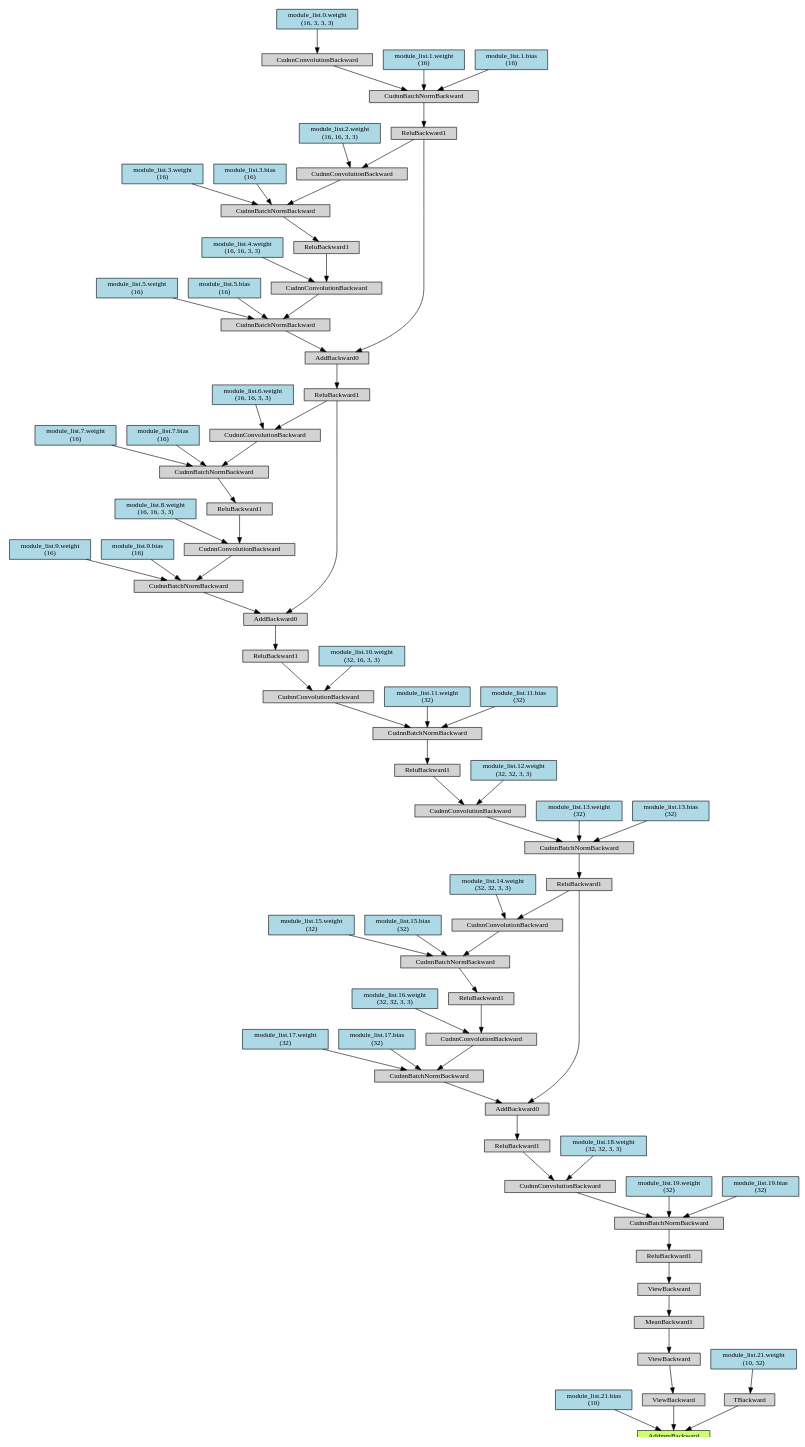
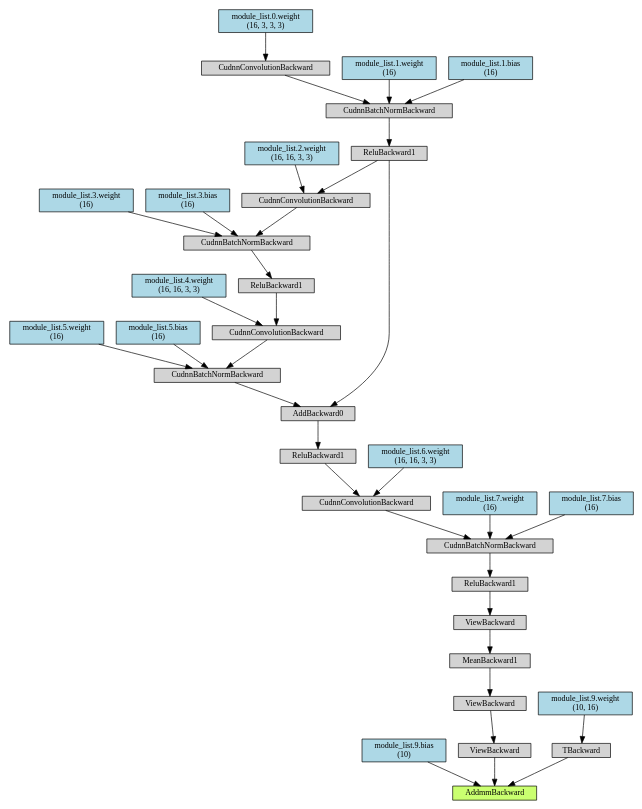
Before and after one commit to j3ssi/MA_Source: the diagram in PruneTrain4_0.dot, drawn with Graphviz. The commit also changed 840 other files, not shown here.

```diff
--- a/PruneTrain4_0.dot
+++ b/PruneTrain4_0.dot
@@ -1,180 +1,84 @@
 digraph {
-	graph [size="21.599999999999998,21.599999999999998"]
+	graph [size="12,12"]
 	node [align=left fontsize=12 height=0.2 ranksep=0.1 shape=box style=filled]
-	140473348111104 [label=AddmmBackward fillcolor=darkolivegreen1]
-	140473348110432 -> 140473348111104
-	140473348110432 [label="module_list.21.bias
+	139858666760904 [label=AddmmBackward fillcolor=darkolivegreen1]
+	139857106469944 -> 139858666760904
+	139857106469944 [label="module_list.9.bias
  (10)" fillcolor=lightblue]
-	140473348110544 -> 140473348111104
-	140473348110544 [label=ViewBackward]
-	140473393940632 -> 140473348110544
-	140473393940632 [label=ViewBackward]
-	140473393939624 -> 140473393940632
-	140473393939624 [label=MeanBackward1]
-	140473393941248 -> 140473393939624
-	140473393941248 [label=ViewBackward]
-	140473393939456 -> 140473393941248
-	140473393939456 [label=ReluBackward1]
-	140473393941136 -> 140473393939456
-	140473393941136 [label=CudnnBatchNormBackward]
-	140473393940968 -> 140473393941136
-	140473393940968 [label=CudnnConvolutionBackward]
-	140473393938672 -> 140473393940968
-	140473393938672 [label=ReluBackward1]
-	140473393939736 -> 140473393938672
-	140473393939736 [label=AddBackward0]
-	140473393938952 -> 140473393939736
-	140473393938952 [label=ReluBackward1]
-	140473393939848 -> 140473393938952
-	140473393939848 [label=CudnnBatchNormBackward]
-	140473393938504 -> 140473393939848
-	140473393938504 [label=CudnnConvolutionBackward]
-	140472783038280 -> 140473393938504
-	140472783038280 [label=ReluBackward1]
-	140472783038056 -> 140472783038280
-	140472783038056 [label=CudnnBatchNormBackward]
-	140472783037944 -> 140472783038056
-	140472783037944 [label=CudnnConvolutionBackward]
-	140472783039736 -> 140472783037944
-	140472783039736 [label=ReluBackward1]
-	140472783037552 -> 140472783039736
-	140472783037552 [label=AddBackward0]
-	140472783039512 -> 140472783037552
-	140472783039512 [label=ReluBackward1]
-	140472783039400 -> 140472783039512
-	140472783039400 [label=AddBackward0]
-	140472783037272 -> 140472783039400
-	140472783037272 [label=ReluBackward1]
-	140472783039232 -> 140472783037272
-	140472783039232 [label=CudnnBatchNormBackward]
-	140472783037104 -> 140472783039232
-	140472783037104 [label=CudnnConvolutionBackward]
-	140472783036992 -> 140472783037104
-	140472783036992 [label="module_list.0.weight
+	139857106470000 -> 139858666760904
+	139857106470000 [label=ViewBackward]
+	139857106470448 -> 139857106470000
+	139857106470448 [label=ViewBackward]
+	139857106470392 -> 139857106470448
+	139857106470392 [label=MeanBackward1]
+	139857106470504 -> 139857106470392
+	139857106470504 [label=ViewBackward]
+	139857106470616 -> 139857106470504
+	139857106470616 [label=ReluBackward1]
+	139857106470728 -> 139857106470616
+	139857106470728 [label=CudnnBatchNormBackward]
+	139857106470840 -> 139857106470728
+	139857106470840 [label=CudnnConvolutionBackward]
+	139857106471064 -> 139857106470840
+	139857106471064 [label=ReluBackward1]
+	139857106471232 -> 139857106471064
+	139857106471232 [label=AddBackward0]
+	139857106471344 -> 139857106471232
+	139857106471344 [label=ReluBackward1]
+	139857106471512 -> 139857106471344
+	139857106471512 [label=CudnnBatchNormBackward]
+	139857106471624 -> 139857106471512
+	139857106471624 [label=CudnnConvolutionBackward]
+	139857106471848 -> 139857106471624
+	139857106471848 [label="module_list.0.weight
  (16, 3, 3, 3)" fillcolor=lightblue]
-	140472783039120 -> 140472783039232
-	140472783039120 [label="module_list.1.weight
+	139857106471680 -> 139857106471512
+	139857106471680 [label="module_list.1.weight
  (16)" fillcolor=lightblue]
-	140472783037048 -> 140472783039232
-	140472783037048 [label="module_list.1.bias
+	139857106471736 -> 139857106471512
+	139857106471736 [label="module_list.1.bias
  (16)" fillcolor=lightblue]
-	140472783039288 -> 140472783039400
-	140472783039288 [label=CudnnBatchNormBackward]
-	140472783039176 -> 140472783039288
-	140472783039176 [label=CudnnConvolutionBackward]
-	140472783036880 -> 140472783039176
-	140472783036880 [label=ReluBackward1]
-	140472783036824 -> 140472783036880
-	140472783036824 [label=CudnnBatchNormBackward]
-	140472783038784 -> 140472783036824
-	140472783038784 [label=CudnnConvolutionBackward]
-	140472783037272 -> 140472783038784
-	140472783036656 -> 140472783038784
-	140472783036656 [label="module_list.2.weight
+	139857106471400 -> 139857106471232
+	139857106471400 [label=CudnnBatchNormBackward]
+	139857106471568 -> 139857106471400
+	139857106471568 [label=CudnnConvolutionBackward]
+	139857106471960 -> 139857106471568
+	139857106471960 [label=ReluBackward1]
+	139857106472184 -> 139857106471960
+	139857106472184 [label=CudnnBatchNormBackward]
+	139857106472296 -> 139857106472184
+	139857106472296 [label=CudnnConvolutionBackward]
+	139857106471344 -> 139857106472296
+	139857106472520 -> 139857106472296
+	139857106472520 [label="module_list.2.weight
  (16, 16, 3, 3)" fillcolor=lightblue]
-	140472783038728 -> 140472783036824
-	140472783038728 [label="module_list.3.weight
+	139857106472352 -> 139857106472184
+	139857106472352 [label="module_list.3.weight
  (16)" fillcolor=lightblue]
-	140472783036712 -> 140472783036824
-	140472783036712 [label="module_list.3.bias
+	139857106472408 -> 139857106472184
+	139857106472408 [label="module_list.3.bias
  (16)" fillcolor=lightblue]
-	140472783038896 -> 140472783039176
-	140472783038896 [label="module_list.4.weight
+	139857106472072 -> 139857106471568
+	139857106472072 [label="module_list.4.weight
  (16, 16, 3, 3)" fillcolor=lightblue]
-	140472783039064 -> 140472783039288
-	140472783039064 [label="module_list.5.weight
+	139857106471792 -> 139857106471400
+	139857106471792 [label="module_list.5.weight
  (16)" fillcolor=lightblue]
-	140472783039008 -> 140472783039288
-	140472783039008 [label="module_list.5.bias
+	139857106471904 -> 139857106471400
+	139857106471904 [label="module_list.5.bias
  (16)" fillcolor=lightblue]
-	140472783039456 -> 140472783037552
-	140472783039456 [label=CudnnBatchNormBackward]
-	140472783037328 -> 140472783039456
-	140472783037328 [label=CudnnConvolutionBackward]
-	140472783038672 -> 140472783037328
-	140472783038672 [label=ReluBackward1]
-	140472783036544 -> 140472783038672
-	140472783036544 [label=CudnnBatchNormBackward]
-	140472783038616 -> 140472783036544
-	140472783038616 [label=CudnnConvolutionBackward]
-	140472783039512 -> 140472783038616
-	140472783037440 -> 140472783038616
-	140472783037440 [label="module_list.6.weight
+	139857106471120 -> 139857106470840
+	139857106471120 [label="module_list.6.weight
  (16, 16, 3, 3)" fillcolor=lightblue]
-	140472783036488 -> 140472783036544
-	140472783036488 [label="module_list.7.weight
+	139857106470896 -> 139857106470728
+	139857106470896 [label="module_list.7.weight
  (16)" fillcolor=lightblue]
-	140472783038504 -> 140472783036544
-	140472783038504 [label="module_list.7.bias
+	139857106470952 -> 139857106470728
+	139857106470952 [label="module_list.7.bias
  (16)" fillcolor=lightblue]
-	140472783036600 -> 140472783037328
-	140472783036600 [label="module_list.8.weight
- (16, 16, 3, 3)" fillcolor=lightblue]
-	140472783037216 -> 140472783039456
-	140472783037216 [label="module_list.9.weight
- (16)" fillcolor=lightblue]
-	140472783038952 -> 140472783039456
-	140472783038952 [label="module_list.9.bias
- (16)" fillcolor=lightblue]
-	140472783037608 -> 140472783037944
-	140472783037608 [label="module_list.10.weight
- (32, 16, 3, 3)" fillcolor=lightblue]
-	140472783037888 -> 140472783038056
-	140472783037888 [label="module_list.11.weight
- (32)" fillcolor=lightblue]
-	140472783037776 -> 140472783038056
-	140472783037776 [label="module_list.11.bias
- (32)" fillcolor=lightblue]
-	140472783038224 -> 140473393938504
-	140472783038224 [label="module_list.12.weight
- (32, 32, 3, 3)" fillcolor=lightblue]
-	140472783038448 -> 140473393939848
-	140472783038448 [label="module_list.13.weight
- (32)" fillcolor=lightblue]
-	140472783038392 -> 140473393939848
-	140472783038392 [label="module_list.13.bias
- (32)" fillcolor=lightblue]
-	140473393939568 -> 140473393939736
-	140473393939568 [label=CudnnBatchNormBackward]
-	140473393938840 -> 140473393939568
-	140473393938840 [label=CudnnConvolutionBackward]
-	140472783039624 -> 140473393938840
-	140472783039624 [label=ReluBackward1]
-	140472783036768 -> 140472783039624
-	140472783036768 [label=CudnnBatchNormBackward]
-	140472783038840 -> 140472783036768
-	140472783038840 [label=CudnnConvolutionBackward]
-	140473393938952 -> 140472783038840
-	140472783039848 -> 140472783038840
-	140472783039848 [label="module_list.14.weight
- (32, 32, 3, 3)" fillcolor=lightblue]
-	140472783039344 -> 140472783036768
-	140472783039344 [label="module_list.15.weight
- (32)" fillcolor=lightblue]
-	140472783037664 -> 140472783036768
-	140472783037664 [label="module_list.15.bias
- (32)" fillcolor=lightblue]
-	140472783038000 -> 140473393938840
-	140472783038000 [label="module_list.16.weight
- (32, 32, 3, 3)" fillcolor=lightblue]
-	140472783038336 -> 140473393939568
-	140472783038336 [label="module_list.17.weight
- (32)" fillcolor=lightblue]
-	140472783038112 -> 140473393939568
-	140472783038112 [label="module_list.17.bias
- (32)" fillcolor=lightblue]
-	140473393940688 -> 140473393940968
-	140473393940688 [label="module_list.18.weight
- (32, 32, 3, 3)" fillcolor=lightblue]
-	140473393938896 -> 140473393941136
-	140473393938896 [label="module_list.19.weight
- (32)" fillcolor=lightblue]
-	140473393940856 -> 140473393941136
-	140473393940856 [label="module_list.19.bias
- (32)" fillcolor=lightblue]
-	140473348112168 -> 140473348111104
-	140473348112168 [label=TBackward]
-	140473393939512 -> 140473348112168
-	140473393939512 [label="module_list.21.weight
- (10, 32)" fillcolor=lightblue]
+	139857106470056 -> 139858666760904
+	139857106470056 [label=TBackward]
+	139857106470168 -> 139857106470056
+	139857106470168 [label="module_list.9.weight
+ (10, 16)" fillcolor=lightblue]
 }
```
